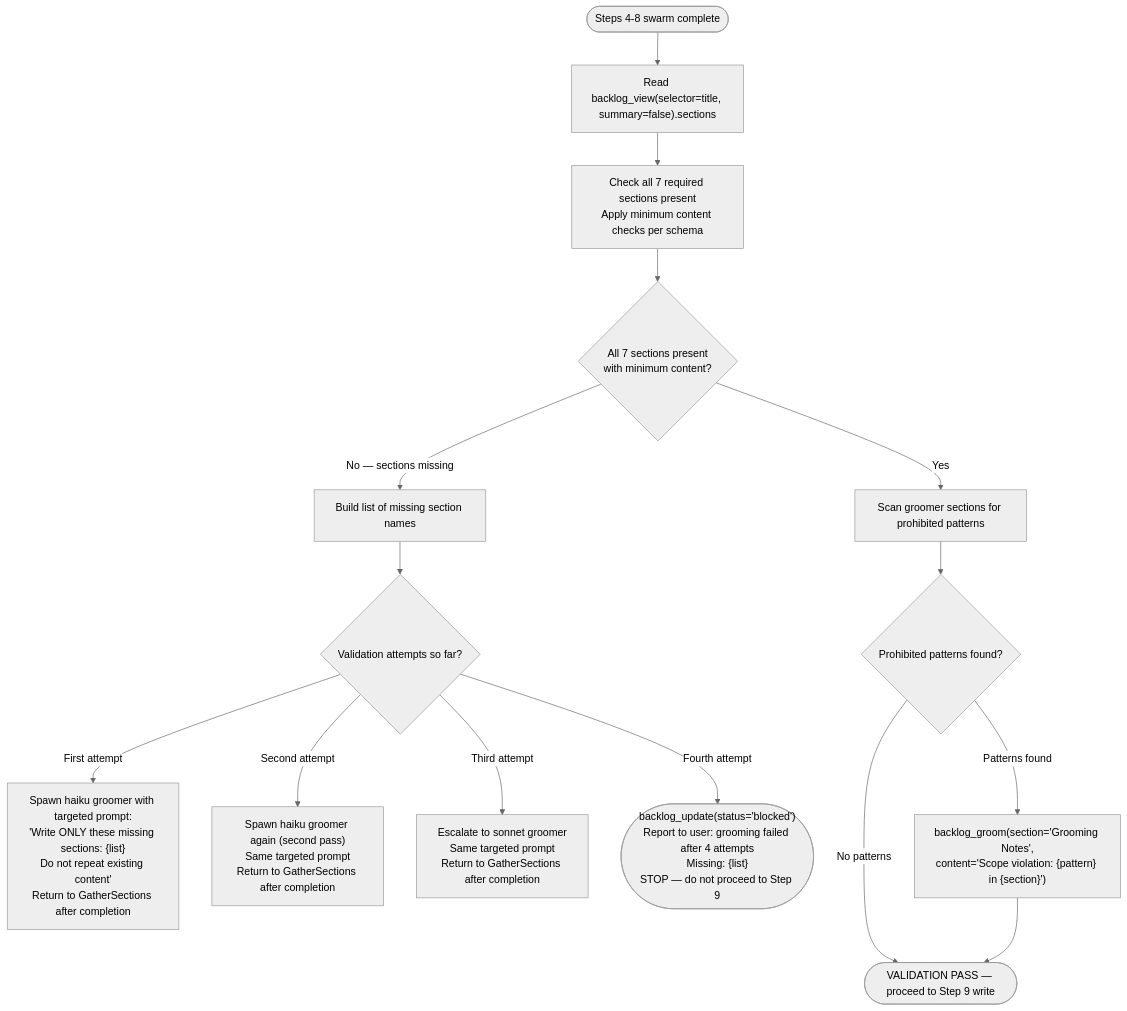
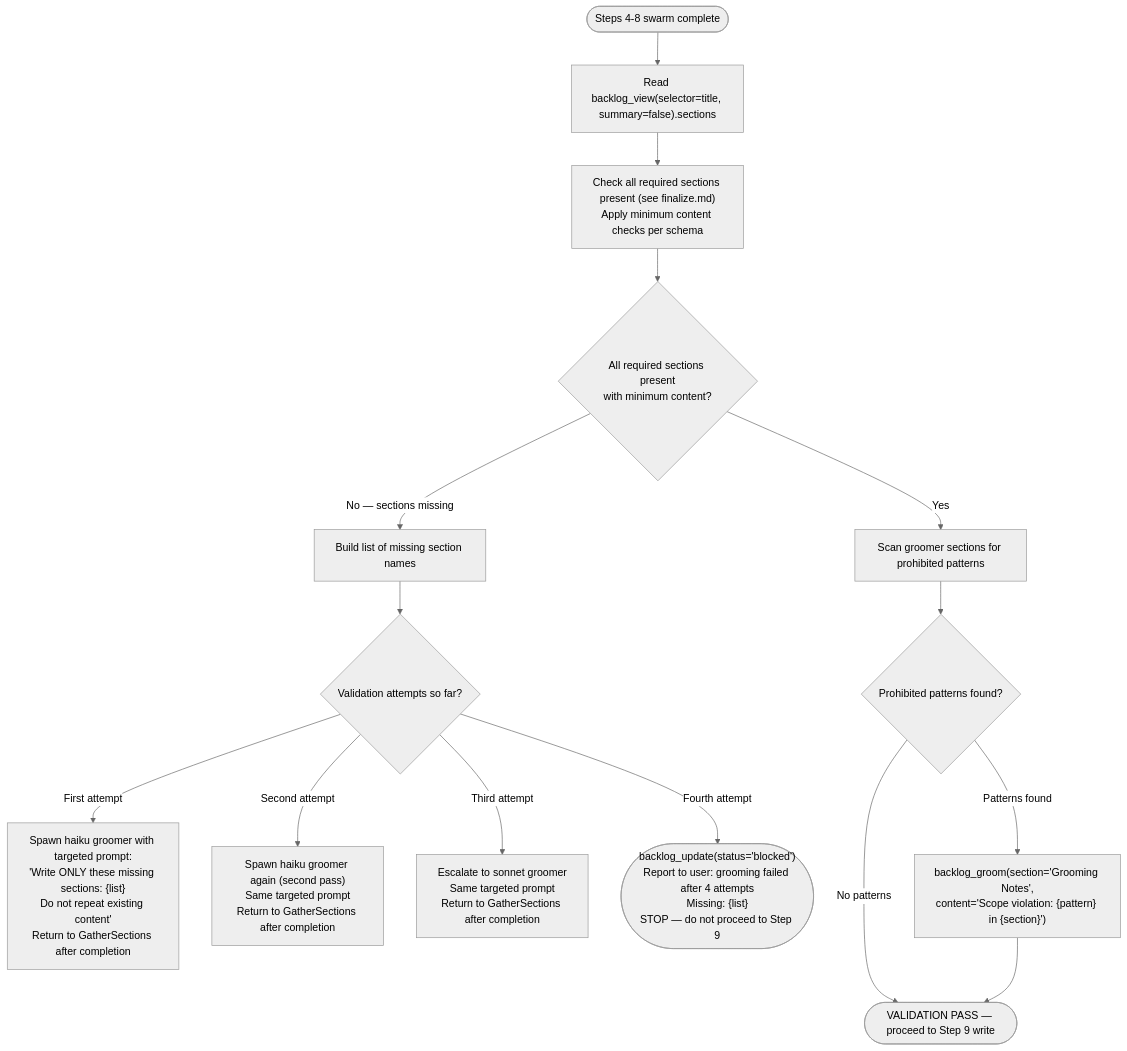
The diagram in plugins/development-harness/skills/groom-backlog-item/references/groomer-output-validation.md (Jamie-BitFlight/claude_skills), drawn with Mermaid (neutral theme) before and after one commit. The commit also changed other lines of this file and 9 other files, not shown here.

````diff
--- a/plugins/development-harness/skills/groom-backlog-item/references/groomer-output-validation.md
+++ b/plugins/development-harness/skills/groom-backlog-item/references/groomer-output-validation.md
@@ -61,20 +62,20 @@
 ```mermaid
 flowchart TD
     SwarmComplete(["Steps 4-8 swarm complete"]) --> GatherSections["Read backlog_view(selector=title, summary=false).sections"]
 
-    GatherSections --> PresenceCheck["Check all 7 required sections present<br>Apply minimum content checks per schema"]
-    PresenceCheck --> PresenceResult{"All 7 sections present<br>with minimum content?"}
+    GatherSections --> PresenceCheck["Check all required sections present (see finalize.md)<br>Apply minimum content checks per schema"]
+    PresenceCheck --> PresenceResult{"All required sections present<br>with minimum content?"}
 
     PresenceResult -->|"Yes"| ScopeCheck["Scan groomer sections for prohibited patterns"]
     PresenceResult -->|"No — sections missing"| MissingList["Build list of missing section names"]
     MissingList --> AttemptCount{"Validation attempts so far?"}
     AttemptCount -->|"First attempt"| RetryHaiku1["Spawn haiku groomer with targeted prompt:<br>'Write ONLY these missing sections: {list}<br>Do not repeat existing content'<br>Return to GatherSections after completion"]
     AttemptCount -->|"Second attempt"| RetryHaiku2["Spawn haiku groomer again (second pass)<br>Same targeted prompt<br>Return to GatherSections after completion"]
     AttemptCount -->|"Third attempt"| RetrySonnet["Escalate to sonnet groomer<br>Same targeted prompt<br>Return to GatherSections after completion"]
     AttemptCount -->|"Fourth attempt"| Blocked(["backlog_update(status='blocked')<br>Report to user: grooming failed after 4 attempts<br>Missing: {list}<br>STOP — do not proceed to Step 9"])
 
     ScopeCheck --> ScopeResult{"Prohibited patterns found?"}
     ScopeResult -->|"No patterns"| ValidationPass(["VALIDATION PASS — proceed to Step 9 write"])
     ScopeResult -->|"Patterns found"| ScopeReport["backlog_groom(section='Grooming Notes',<br>content='Scope violation: {pattern} in {section}')"]
     ScopeReport --> ValidationPass
 ```
````
